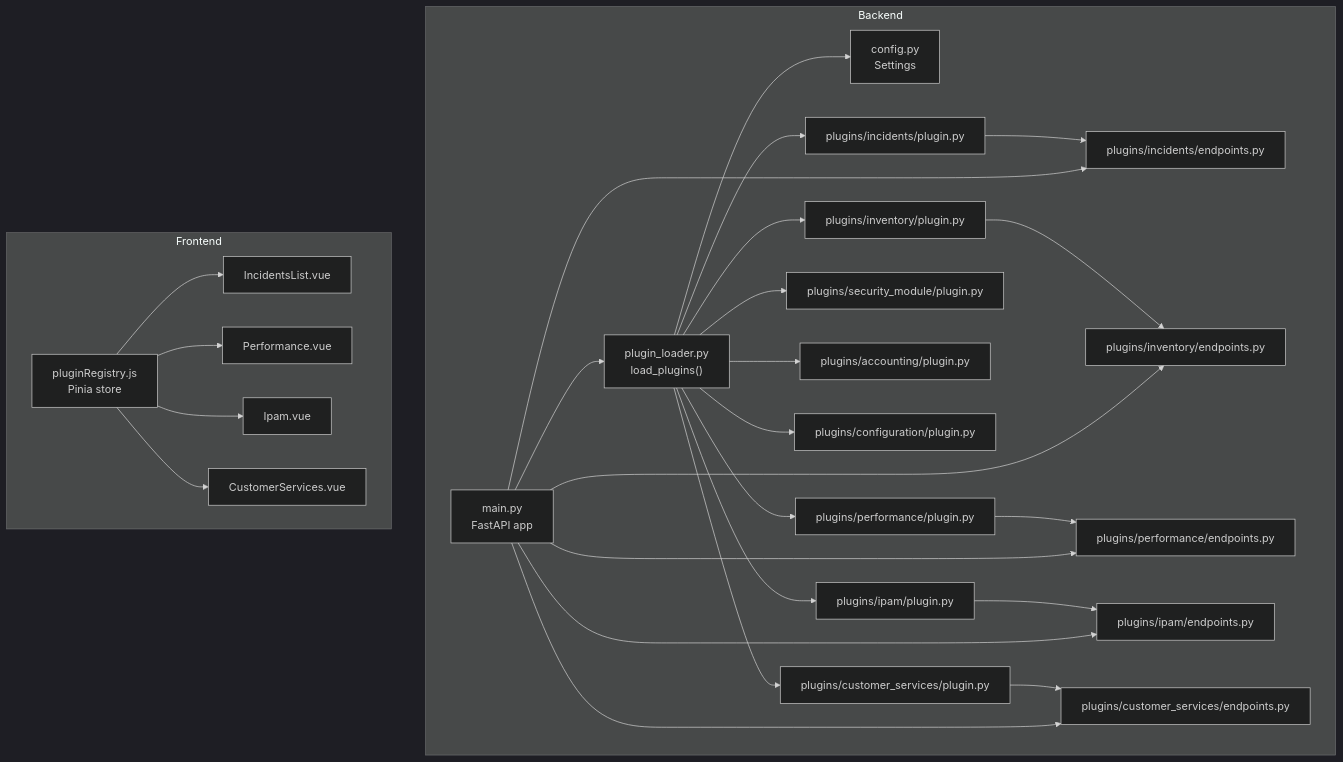
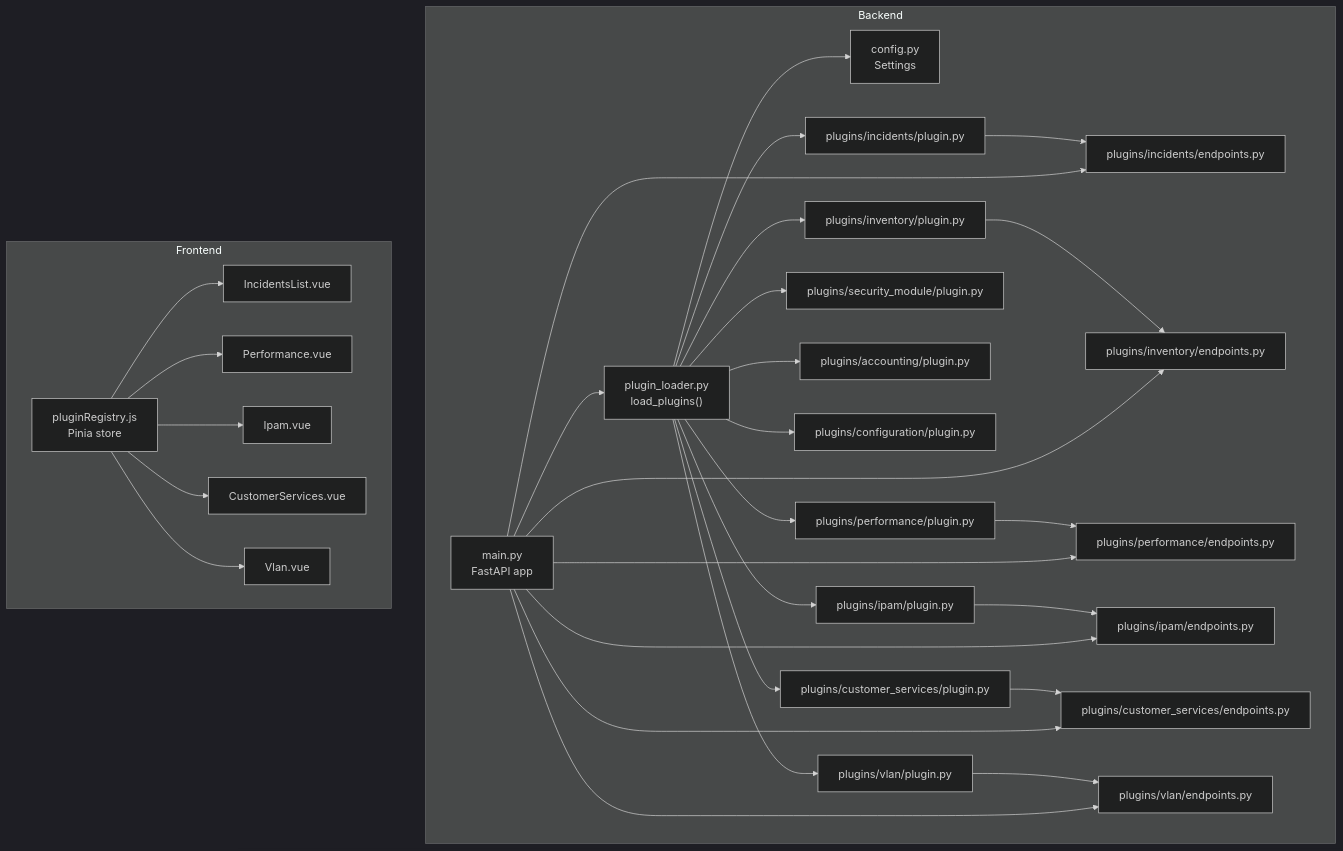
Before and after one commit to Nikita5543/New-SSO-02: the first of 10 diagrams in .qoder/repowiki/en/content/Plugin System Architecture/Built-in Plugins Overview.md, drawn with Mermaid (dark theme). The commit also changed other lines of this file and 7 other files, not shown here.

````diff
--- a/.qoder/repowiki/en/content/Plugin System Architecture/Built-in Plugins Overview.md
+++ b/.qoder/repowiki/en/content/Plugin System Architecture/Built-in Plugins Overview.md
@@ -57,52 +63,59 @@
 ```mermaid
 graph TB
 subgraph "Backend"
 MAIN["main.py<br/>FastAPI app"]
 LOADER["plugin_loader.py<br/>load_plugins()"]
 CFG["config.py<br/>Settings"]
 PLUG_INC["plugins/incidents/plugin.py"]
 PLUG_INV["plugins/inventory/plugin.py"]
 PLUG_PERF["plugins/performance/plugin.py"]
 PLUG_SEC["plugins/security_module/plugin.py"]
 PLUG_ACC["plugins/accounting/plugin.py"]
 PLUG_CFG["plugins/configuration/plugin.py"]
 PLUG_IPAM["plugins/ipam/plugin.py"]
 PLUG_CS["plugins/customer_services/plugin.py"]
+PLUG_VLAN["plugins/vlan/plugin.py"]
 API_INC["plugins/incidents/endpoints.py"]
 API_INV["plugins/inventory/endpoints.py"]
 API_PERF["plugins/performance/endpoints.py"]
 API_IPAM["plugins/ipam/endpoints.py"]
 API_CS["plugins/customer_services/endpoints.py"]
+API_VLAN["plugins/vlan/endpoints.py"]
 end
 subgraph "Frontend"
 REG["pluginRegistry.js<br/>Pinia store"]
 VIEW_INC["IncidentsList.vue"]
 VIEW_PERF["Performance.vue"]
 VIEW_IPAM["Ipam.vue"]
 VIEW_CS["CustomerServices.vue"]
+VIEW_VLAN["Vlan.vue"]
 end
 MAIN --> LOADER
 LOADER --> CFG
 LOADER --> PLUG_INC
 LOADER --> PLUG_INV
 LOADER --> PLUG_PERF
 LOADER --> PLUG_SEC
 LOADER --> PLUG_ACC
 LOADER --> PLUG_CFG
 LOADER --> PLUG_IPAM
 LOADER --> PLUG_CS
+LOADER --> PLUG_VLAN
 PLUG_INC --> API_INC
 PLUG_INV --> API_INV
 PLUG_PERF --> API_PERF
 PLUG_IPAM --> API_IPAM
 PLUG_CS --> API_CS
+PLUG_VLAN --> API_VLAN
 MAIN --> API_INC
 MAIN --> API_INV
 MAIN --> API_PERF
 MAIN --> API_IPAM
 MAIN --> API_CS
+MAIN --> API_VLAN
 REG --> VIEW_INC
 REG --> VIEW_PERF
 REG --> VIEW_IPAM
 REG --> VIEW_CS
+REG --> VIEW_VLAN
 ```
````
